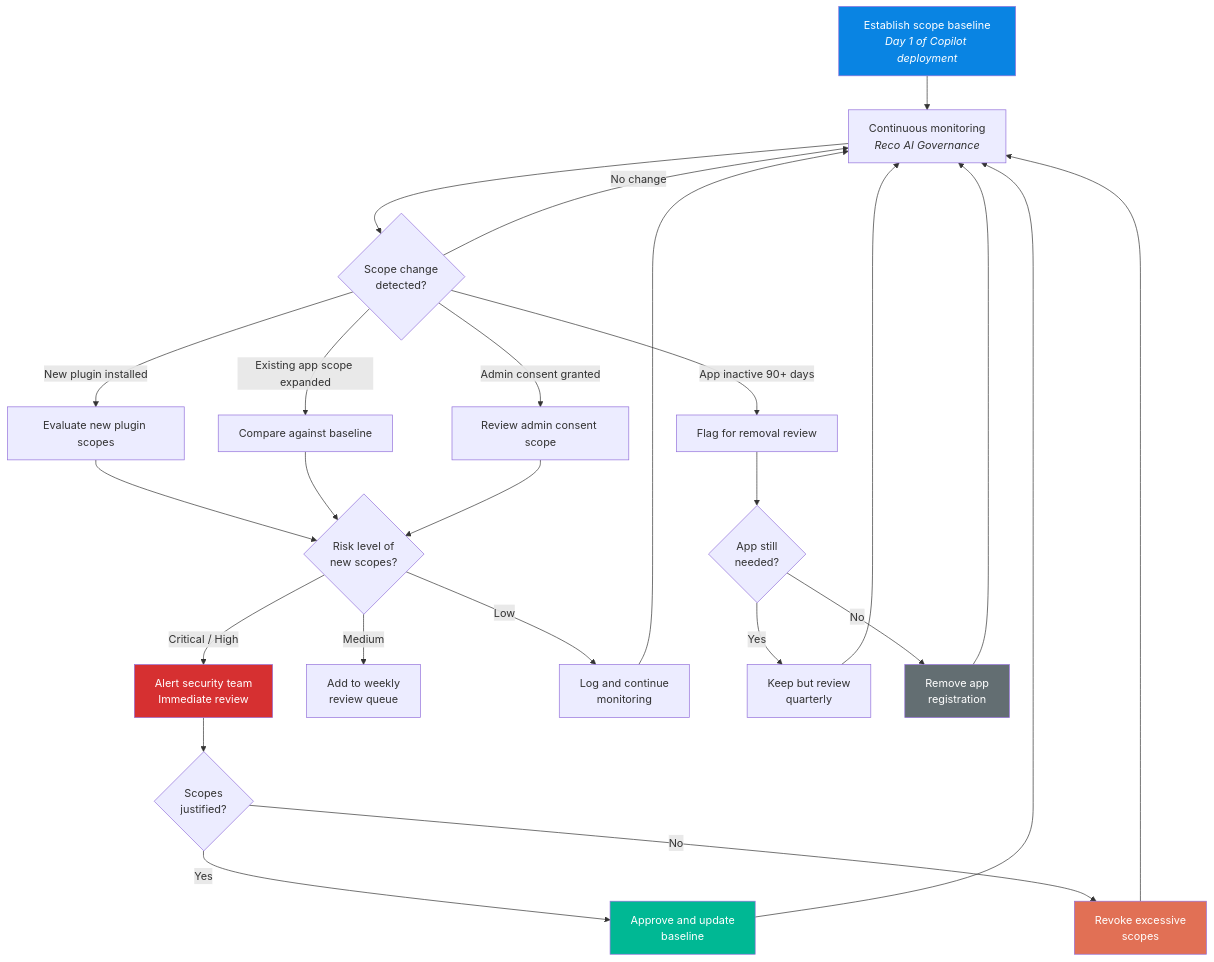
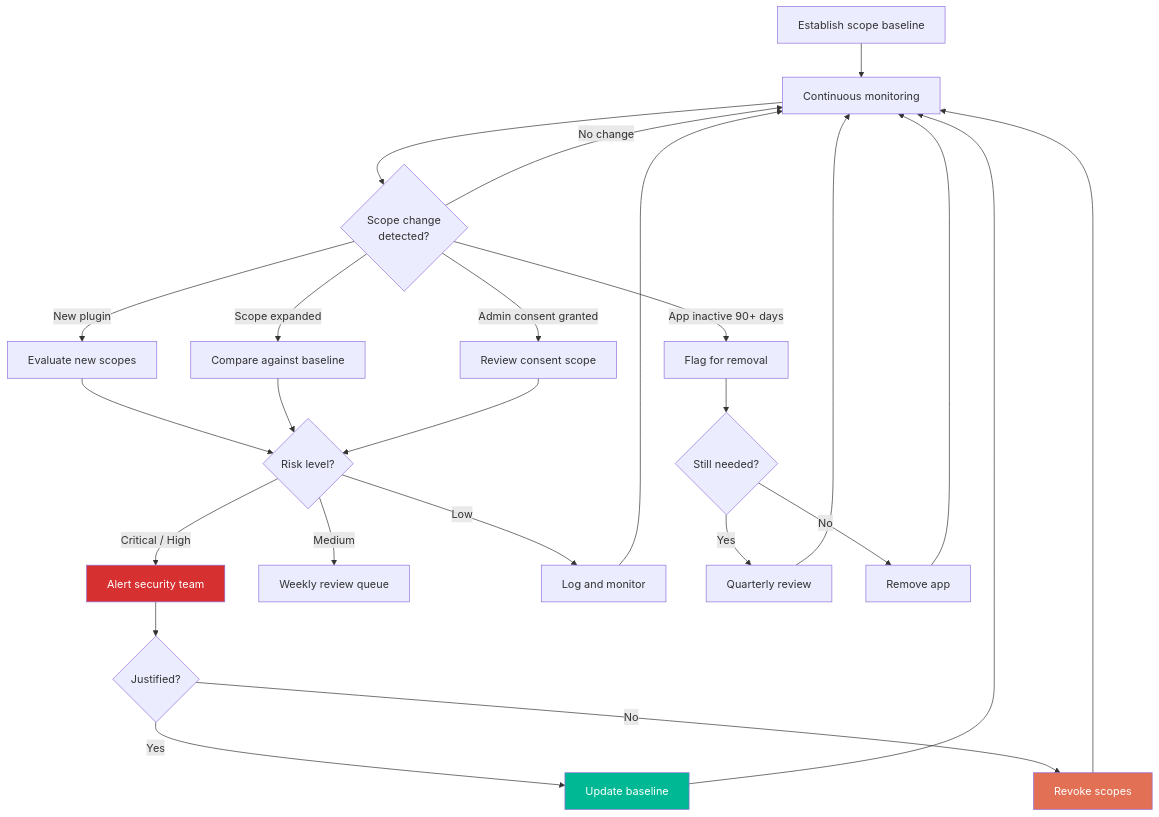
Before and after one commit to growtika/secure-microsoft-copilot-with-reco: the diagram in docs/step-5-monitor-scope-drift.md, drawn with Mermaid. The commit also changed other lines of this file and 16 other files, not shown here.

````diff
--- a/docs/step-5-monitor-scope-drift.md
+++ b/docs/step-5-monitor-scope-drift.md
@@ -91,37 +46,33 @@
 ```mermaid
 graph TD
-    BASELINE[Establish scope baseline<br/><i>Day 1 of Copilot deployment</i>] --> MONITOR[Continuous monitoring<br/><i>Reco AI Governance</i>]
+    BASELINE[Establish scope baseline] --> MONITOR[Continuous monitoring]
 
     MONITOR --> CHECK{Scope change<br/>detected?}
 
     CHECK -->|No change| MONITOR
-    CHECK -->|New plugin installed| EVAL1[Evaluate new plugin scopes]
-    CHECK -->|Existing app scope expanded| EVAL2[Compare against baseline]
-    CHECK -->|Admin consent granted| EVAL3[Review admin consent scope]
-    CHECK -->|App inactive 90+ days| EVAL4[Flag for removal review]
+    CHECK -->|New plugin| EVAL1[Evaluate new scopes]
+    CHECK -->|Scope expanded| EVAL2[Compare against baseline]
+    CHECK -->|Admin consent granted| EVAL3[Review consent scope]
+    CHECK -->|App inactive 90+ days| EVAL4[Flag for removal]
 
-    EVAL1 --> RISK{Risk level of<br/>new scopes?}
-    EVAL2 --> RISK
-    EVAL3 --> RISK
+    EVAL1 & EVAL2 & EVAL3 --> RISK{Risk level?}
 
-    RISK -->|Critical / High| ALERT[Alert security team<br/>Immediate review]
-    RISK -->|Medium| QUEUE[Add to weekly<br/>review queue]
-    RISK -->|Low| LOG[Log and continue<br/>monitoring]
+    RISK -->|Critical / High| ALERT[Alert security team]
+    RISK -->|Medium| QUEUE[Weekly review queue]
+    RISK -->|Low| LOG[Log and monitor]
 
-    ALERT --> ACTION{Scopes<br/>justified?}
-    ACTION -->|Yes| APPROVE[Approve and update<br/>baseline]
-    ACTION -->|No| REVOKE[Revoke excessive<br/>scopes]
+    ALERT --> ACTION{Justified?}
+    ACTION -->|Yes| APPROVE[Update baseline]
+    ACTION -->|No| REVOKE[Revoke scopes]
 
-    EVAL4 --> REMOVE{App still<br/>needed?}
-    REMOVE -->|Yes| KEEP[Keep but review<br/>quarterly]
-    REMOVE -->|No| DELETE[Remove app<br/>registration]
+    EVAL4 --> REMOVE{Still needed?}
+    REMOVE -->|Yes| KEEP[Quarterly review]
+    REMOVE -->|No| DELETE[Remove app]
 
     APPROVE & REVOKE & LOG --> MONITOR
     KEEP & DELETE --> MONITOR
 
-    style BASELINE fill:#0984e3,color:#fff
     style ALERT fill:#d63031,color:#fff
     style REVOKE fill:#e17055,color:#fff
-    style DELETE fill:#636e72,color:#fff
     style APPROVE fill:#00b894,color:#fff
 ```
````
